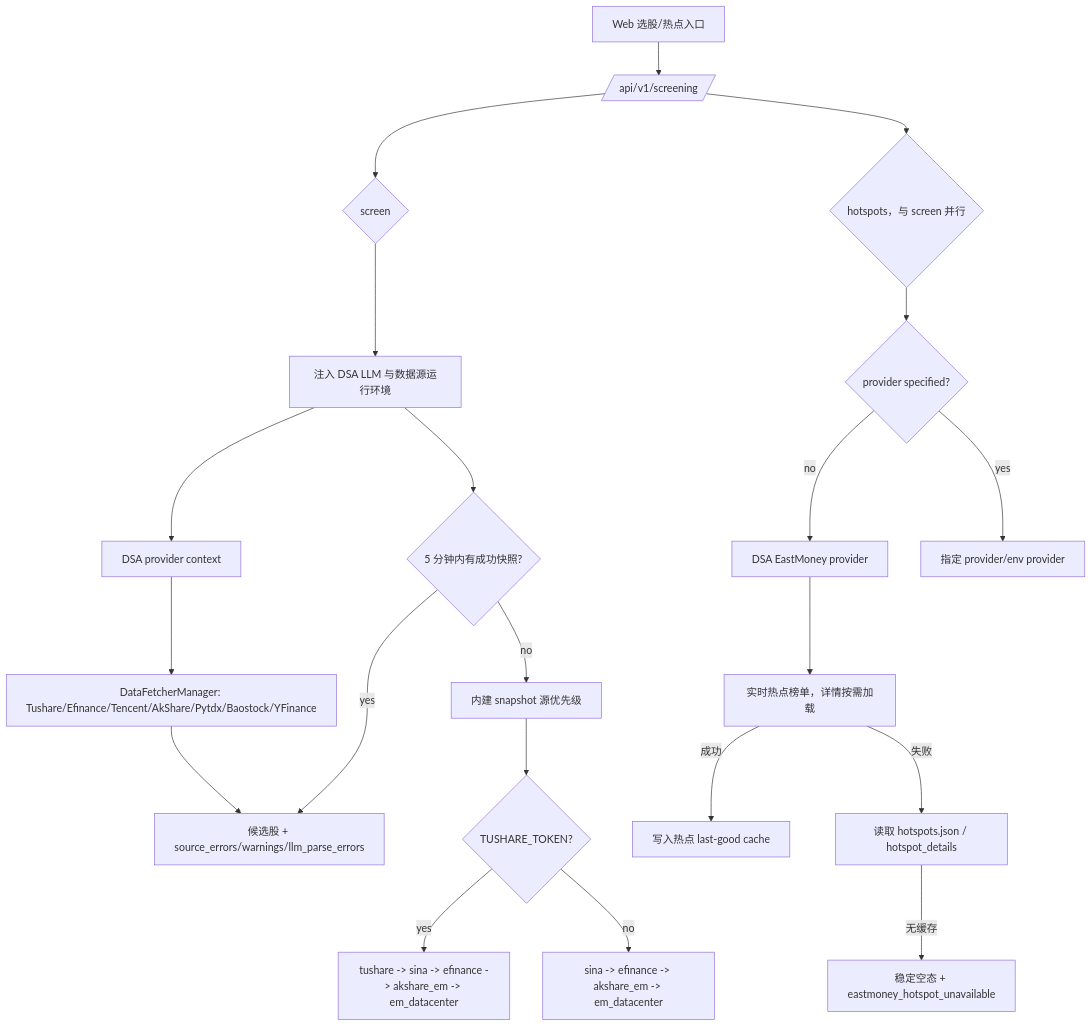
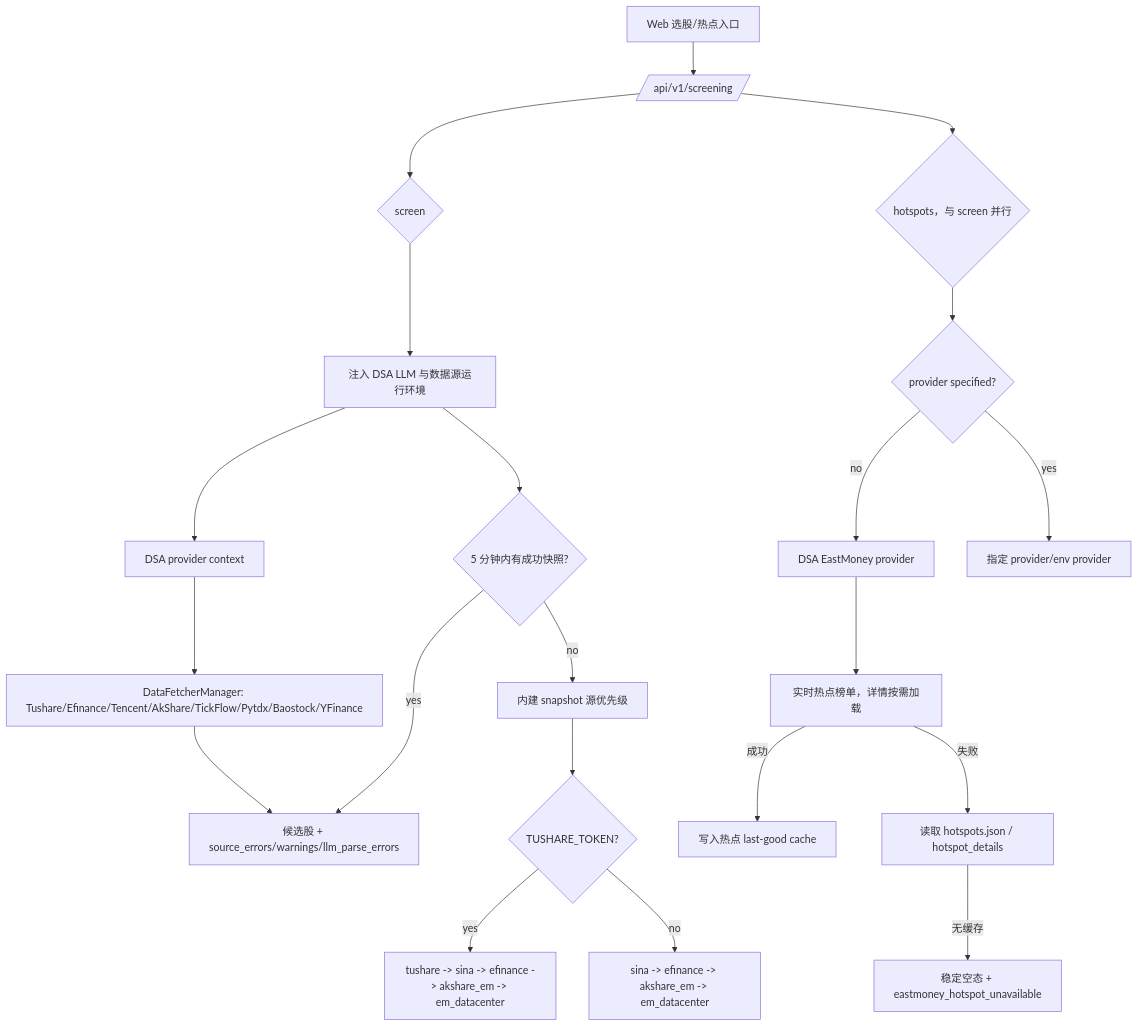
One commit to fmaresca/daily_stock_analysis changed the third of 3 diagrams in docs/data-source-stability.md. Above: the diagram before and after it, drawn with Mermaid. The commit also changed other lines of this file and 14 other files, not shown here.

````diff
--- a/docs/data-source-stability.md
+++ b/docs/data-source-stability.md
@@ -96,25 +100,25 @@
 ```mermaid
 flowchart TD
     UI[Web 选股/热点入口] --> API[/api/v1/screening/]
 
     API --> SCREEN{screen}
     SCREEN --> ENV[注入 DSA LLM 与数据源运行环境]
     ENV --> CACHE{5 分钟内有成功快照?}
     CACHE -->|yes| RESULT
     CACHE -->|no| SNAP[内建 snapshot 源优先级]
     SNAP --> TS{TUSHARE_TOKEN?}
     TS -->|yes| SP1[tushare -> sina -> efinance -> akshare_em -> em_datacenter]
     TS -->|no| SP2[sina -> efinance -> akshare_em -> em_datacenter]
     ENV --> DAILY[DSA provider context]
-    DAILY --> DFM[DataFetcherManager: Tushare/Efinance/Tencent/AkShare/Pytdx/Baostock/YFinance]
+    DAILY --> DFM[DataFetcherManager: Tushare/Efinance/Tencent/AkShare/TickFlow/Pytdx/Baostock/YFinance]
     DFM --> RESULT[候选股 + source_errors/warnings/llm_parse_errors]
 
     API --> HOT{hotspots，与 screen 并行}
     HOT --> HP{provider specified?}
     HP -->|no| EM[DSA EastMoney provider]
     HP -->|yes| CUSTOM[指定 provider/env provider]
     EM --> LIVE[实时热点榜单，详情按需加载]
     LIVE -->|成功| HCACHE[写入热点 last-good cache]
     LIVE -->|失败| OLD[读取 hotspots.json / hotspot_details]
     OLD -->|无缓存| EMPTY[稳定空态 + eastmoney_hotspot_unavailable]
 ```
````
